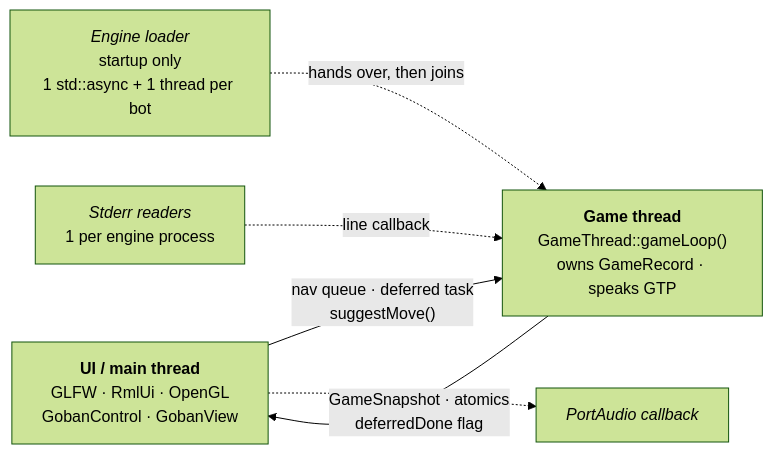
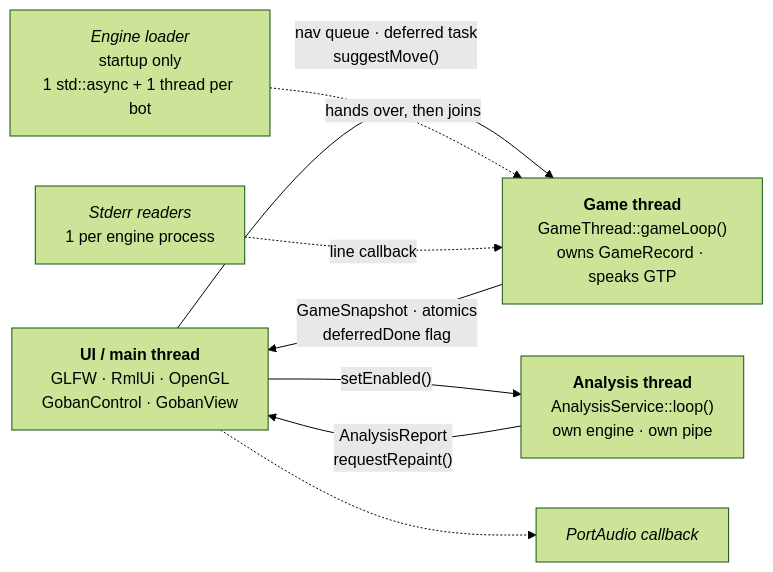
The first of 11 diagrams in docs/architecture.md (popojan/goban), drawn with Mermaid (forest theme) before and after one commit. The commit also changed other lines of this file and 41 other files, not shown here.

````diff
--- a/docs/architecture.md
+++ b/docs/architecture.md
@@ -39,14 +39,17 @@
 ```mermaid
 flowchart LR
     UI["<b>UI / main thread</b><br/>GLFW · RmlUi · OpenGL<br/>GobanControl · GobanView"]
     GT["<b>Game thread</b><br/>GameThread::gameLoop()<br/>owns GameRecord · speaks GTP"]
     LD["<i>Engine loader</i><br/>startup only<br/>1 std::async + 1 thread per bot"]
     SE["<i>Stderr readers</i><br/>1 per engine process"]
+    AN["<b>Analysis thread</b><br/>AnalysisService::loop()<br/>own engine · own pipe"]
     AU["<i>PortAudio callback</i>"]
 
     UI -->|"nav queue · deferred task<br/>suggestMove()"| GT
     GT -->|"GameSnapshot · atomics<br/>deferredDone flag"| UI
     LD -.->|"hands over, then joins"| GT
     SE -.->|"line callback"| GT
+    UI -->|"setEnabled()"| AN
+    AN -->|"AnalysisReport<br/>requestRepaint()"| UI
     UI -.-> AU
 ```
````
